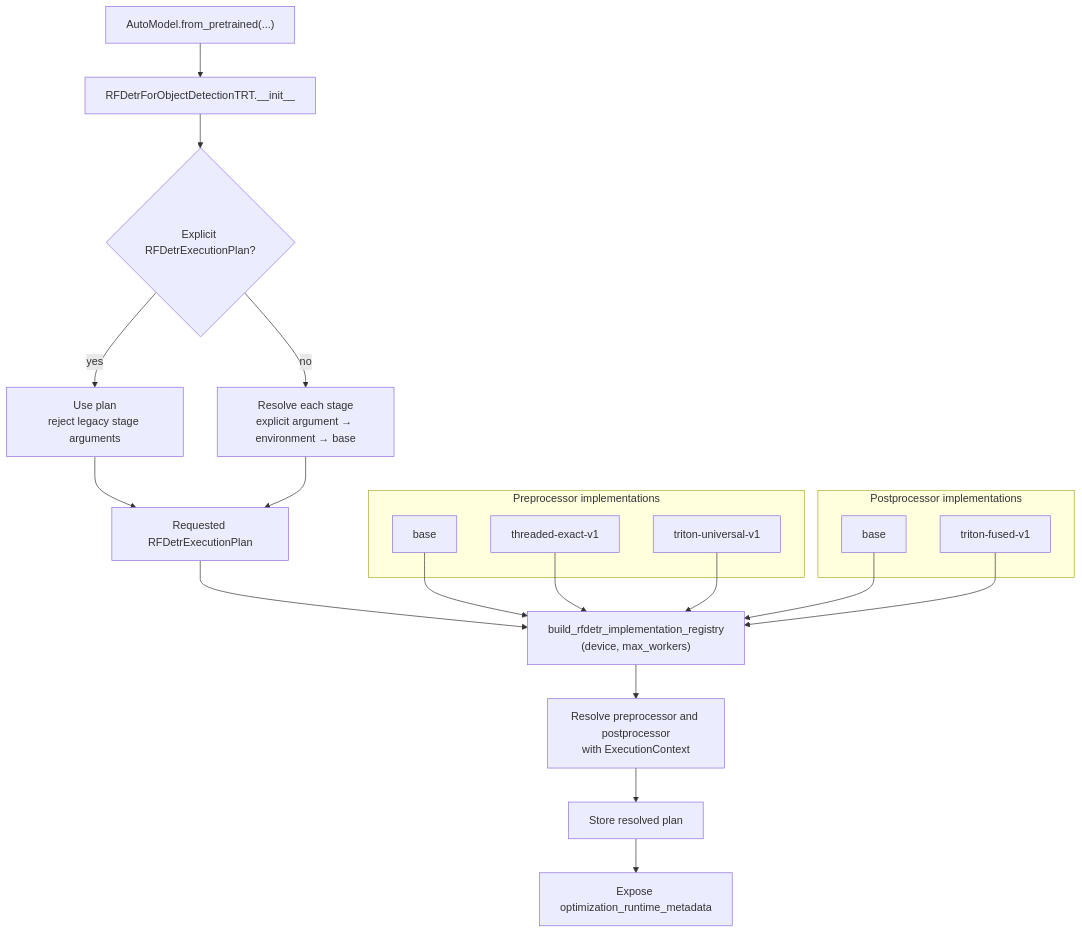
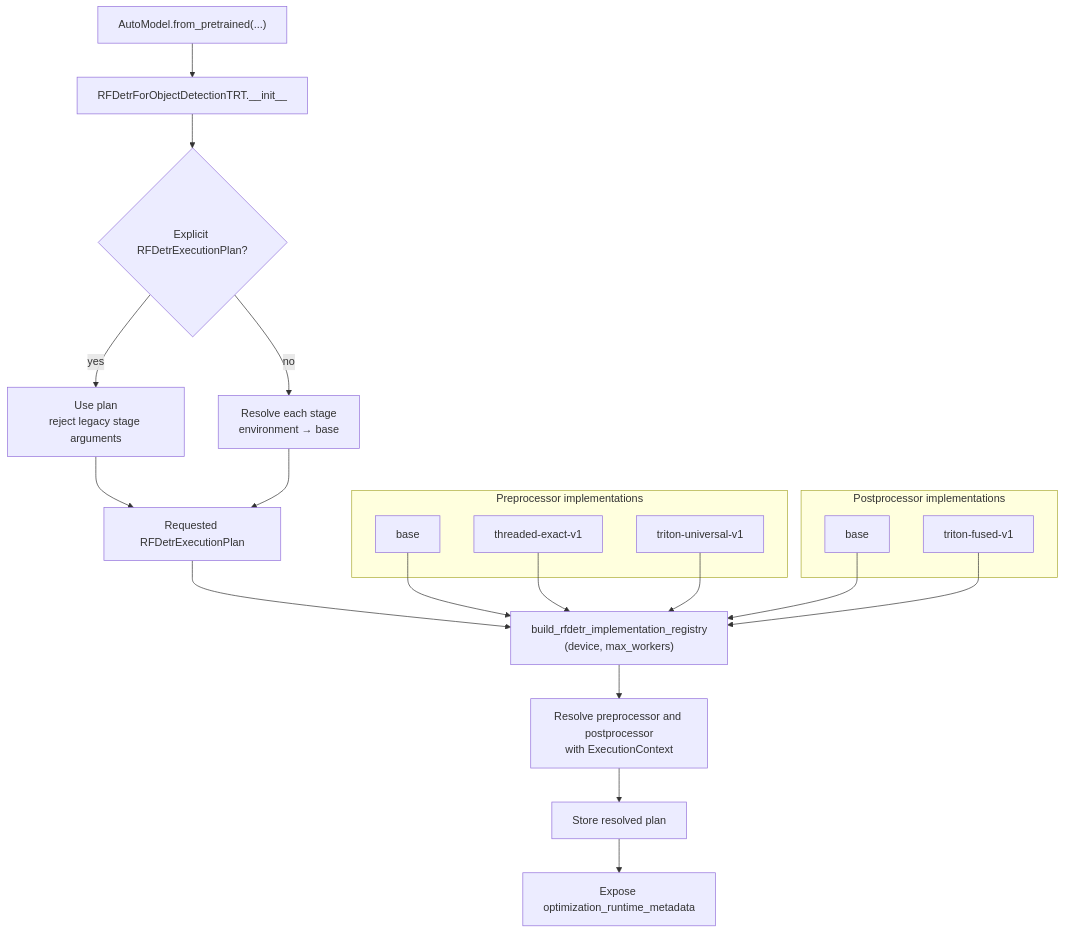
The second of 3 diagrams in inference_models/docs/contributors/inference-path-optimization-architecture.md (roboflow/inference), drawn with Mermaid before and after one commit. The commit also changed other lines of this file and 25 other files, not shown here.

First line of the commit message:
Refactor RF-DETR optimization architecture with reusable components

````diff
--- a/inference_models/docs/contributors/inference-path-optimization-architecture.md
+++ b/inference_models/docs/contributors/inference-path-optimization-architecture.md
@@ -121,32 +124,32 @@
 ```mermaid
 flowchart TD
     load["AutoModel.from_pretrained(...)"] --> init["RFDetrForObjectDetectionTRT.__init__"]
     init --> explicit{"Explicit RFDetrExecutionPlan?"}
     explicit -->|yes| use_plan["Use plan<br/>reject legacy stage arguments"]
-    explicit -->|no| precedence["Resolve each stage<br/>explicit argument → environment → base"]
+    explicit -->|no| precedence["Resolve each stage<br/>environment → base"]
     use_plan --> requested["Requested RFDetrExecutionPlan"]
     precedence --> requested
 
     requested --> build["build_rfdetr_implementation_registry<br/>(device, max_workers)"]
 
     subgraph preprocessors["Preprocessor implementations"]
         pre_base["base"]
         pre_threaded["threaded-exact-v1"]
         pre_triton["triton-universal-v1"]
     end
 
     subgraph postprocessors["Postprocessor implementations"]
         post_base["base"]
         post_triton["triton-fused-v1"]
     end
 
     pre_base --> build
     pre_threaded --> build
     pre_triton --> build
     post_base --> build
     post_triton --> build
 
     build --> resolve["Resolve preprocessor and postprocessor<br/>with ExecutionContext"]
     resolve --> store["Store resolved plan"]
     store --> metadata["Expose optimization_runtime_metadata"]
 ```
````
